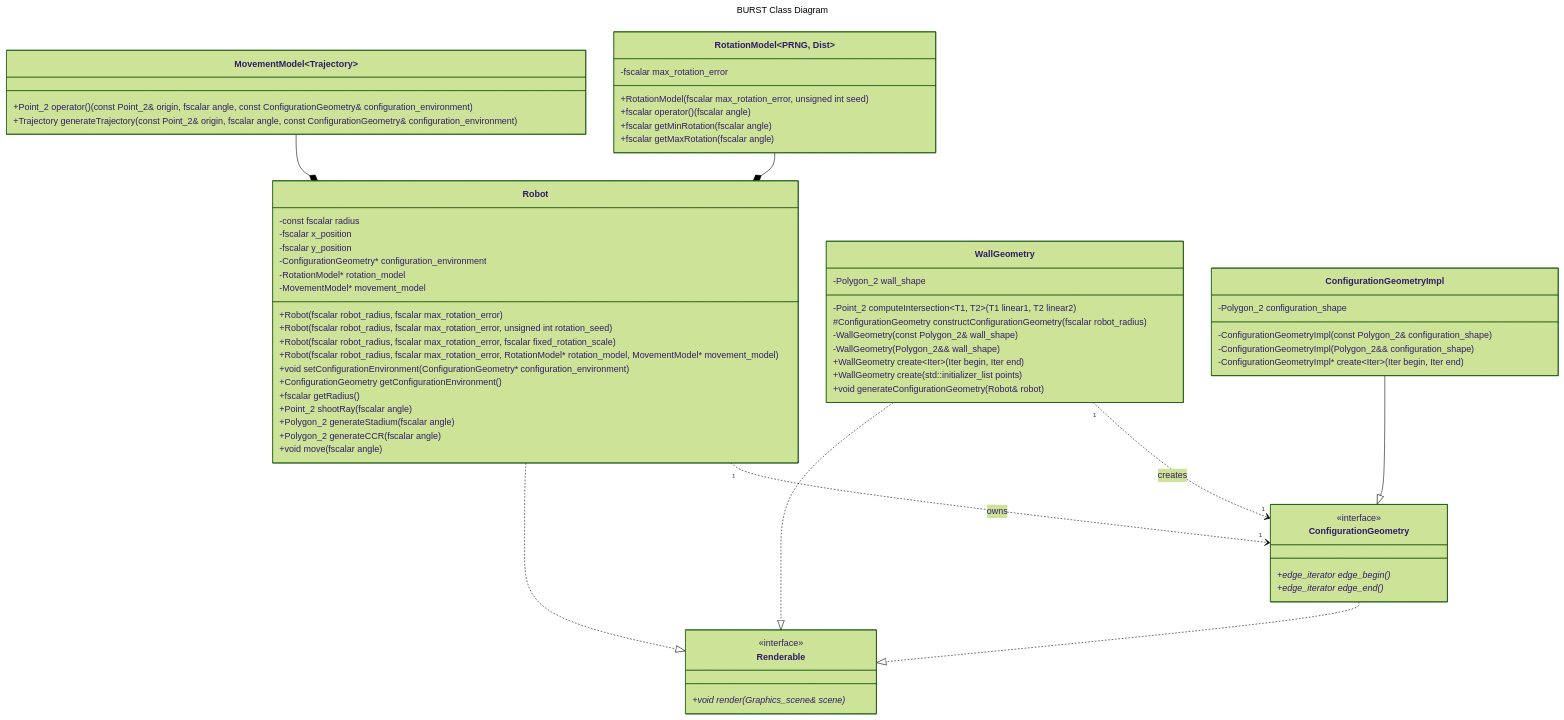
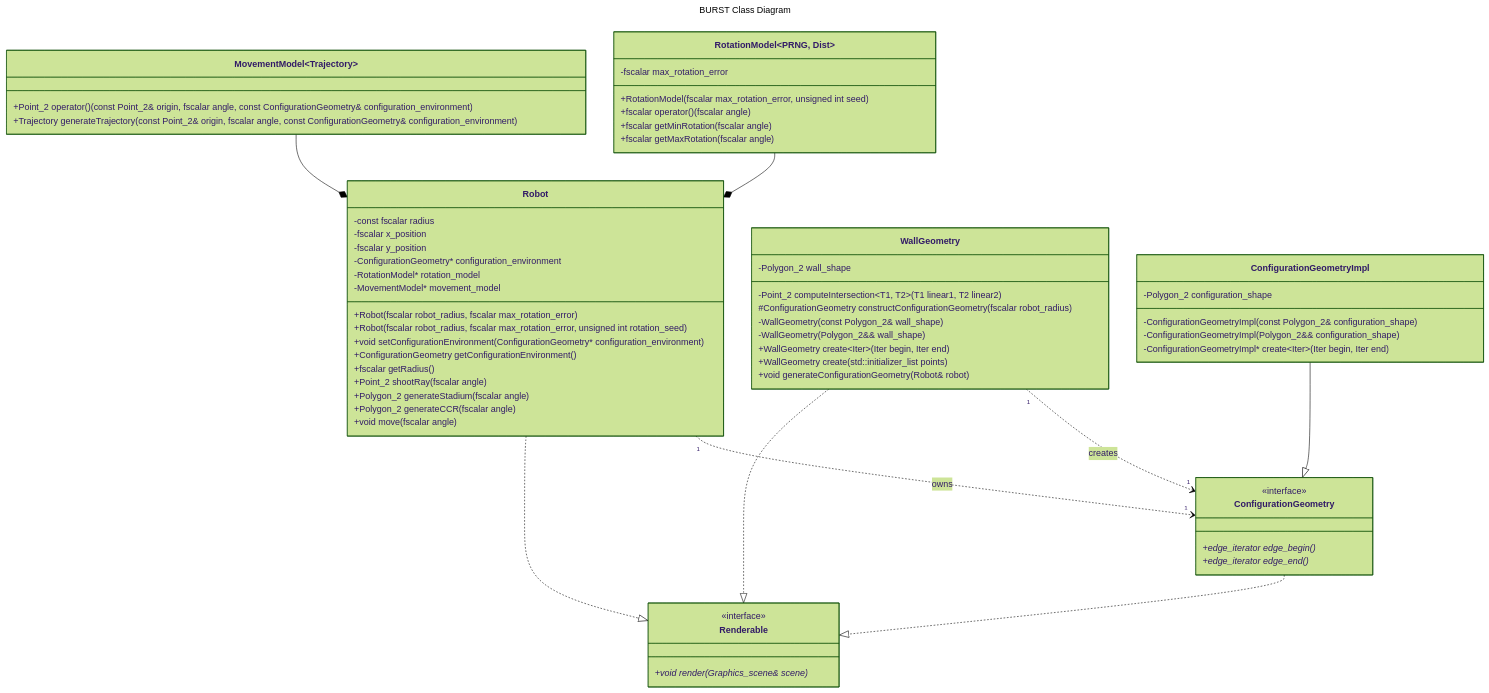
The diagram in docs/DESIGN.md (KedarPanchal/DAIR-BURST), drawn with Mermaid (forest theme) before and after one commit. The commit also changed 1 other file, not shown here.

Commit message:
Delete extraneous constructors for Robot

````diff
--- a/docs/DESIGN.md
+++ b/docs/DESIGN.md
@@ -16,80 +16,78 @@
 ```mermaid
 ---
 title: BURST Class Diagram
 ---
 classDiagram
     direction TD
     class RotationModel~PRNG, Dist~ {
         -fscalar max_rotation_error
         
         +RotationModel(fscalar max_rotation_error, unsigned int seed)
         +fscalar operator() (fscalar angle)
         +fscalar getMinRotation(fscalar angle)
         +fscalar getMaxRotation(fscalar angle)
     }
     
     class MovementModel~Trajectory~ {
         +Point_2 operator() (const Point_2& origin, fscalar angle, const ConfigurationGeometry& configuration_environment)
         +Trajectory generateTrajectory(const Point_2& origin, fscalar angle, const ConfigurationGeometry& configuration_environment)
     }
 
     class Renderable {
         +void render(Graphics_scene& scene)*
     }
     <<interface>> Renderable
 
     class Robot {
         -const fscalar radius
         -fscalar x_position
         -fscalar y_position
         -ConfigurationGeometry* configuration_environment
         -RotationModel* rotation_model
         -MovementModel* movement_model
 
         +Robot(fscalar robot_radius, fscalar max_rotation_error)
         +Robot(fscalar robot_radius, fscalar max_rotation_error, unsigned int rotation_seed)
-        +Robot(fscalar robot_radius, fscalar max_rotation_error, fscalar fixed_rotation_scale)
-        +Robot(fscalar robot_radius, fscalar max_rotation_error, RotationModel* rotation_model, MovementModel* movement_model)
         +void setConfigurationEnvironment(ConfigurationGeometry* configuration_environment)
         +ConfigurationGeometry getConfigurationEnvironment()
         +fscalar getRadius()
         +Point_2 shootRay(fscalar angle)
         +Polygon_2 generateStadium(fscalar angle)
         +Polygon_2 generateCCR(fscalar angle)
         +void move(fscalar angle)
     }
     Robot ..|> Renderable
     MovementModel --* Robot
     RotationModel --* Robot
 
     class WallGeometry {
         -Polygon_2 wall_shape
 
         -Point_2 computeIntersection~T1, T2~(T1 linear1, T2 linear2)
         #ConfigurationGeometry constructConfigurationGeometry(fscalar robot_radius)
         -WallGeometry(const Polygon_2& wall_shape)
         -WallGeometry(Polygon_2&& wall_shape)
         +WallGeometry create~Iter~(Iter begin, Iter end)
         +WallGeometry create(std::initializer_list<Point_2> points)
         +void generateConfigurationGeometry(Robot& robot)
     }
     WallGeometry ..|> Renderable
 
     class ConfigurationGeometry {
         +edge_iterator edge_begin()*
         +edge_iterator edge_end()*
     }
     <<interface>> ConfigurationGeometry
     ConfigurationGeometry ..|> Renderable
     WallGeometry "1" ..> "1" ConfigurationGeometry : creates
     Robot "1" ..> "1" ConfigurationGeometry : owns
 
     class ConfigurationGeometryImpl {
         -Polygon_2 configuration_shape
 
         -ConfigurationGeometryImpl(const Polygon_2& configuration_shape)
         -ConfigurationGeometryImpl(Polygon_2&& configuration_shape)
         -ConfigurationGeometryImpl* create~Iter~(Iter begin, Iter end)
     }
     ConfigurationGeometryImpl --|> ConfigurationGeometry
 ```
````
